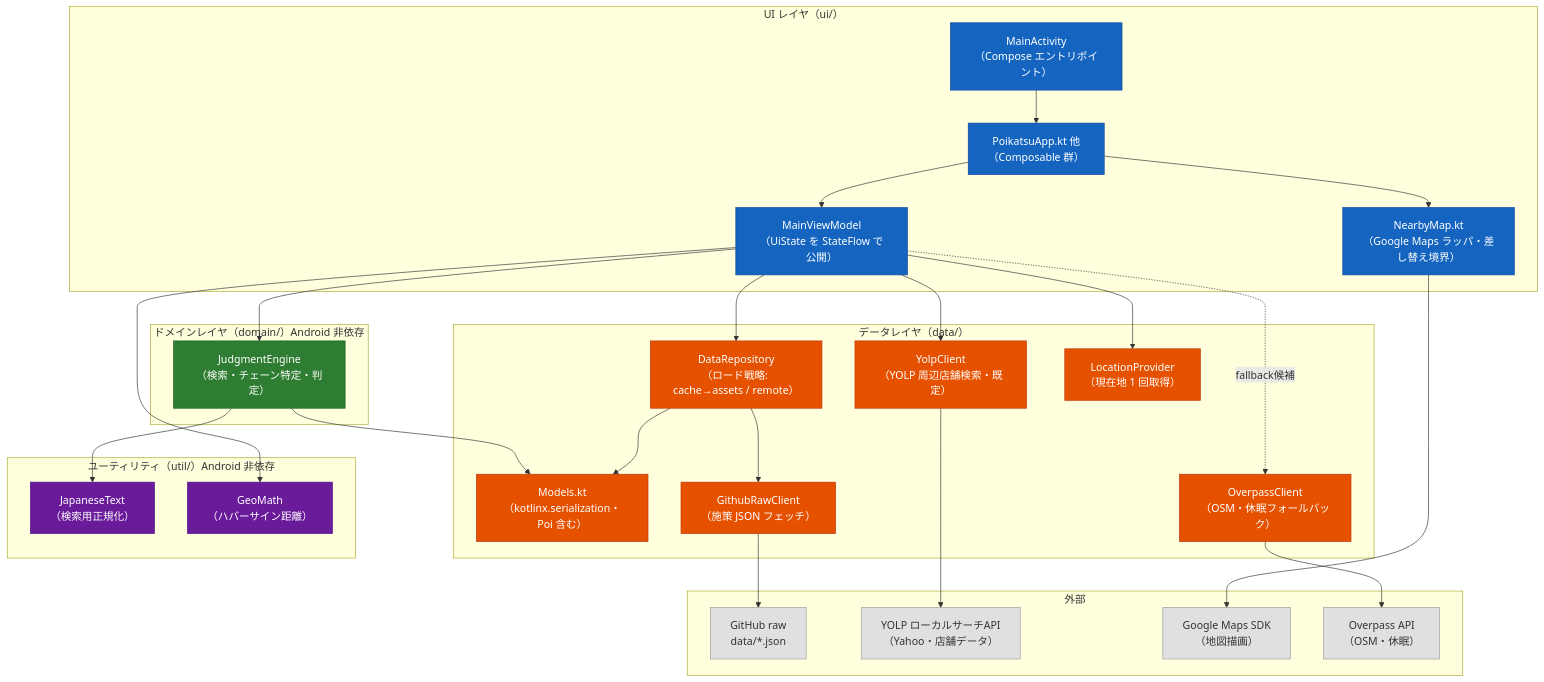
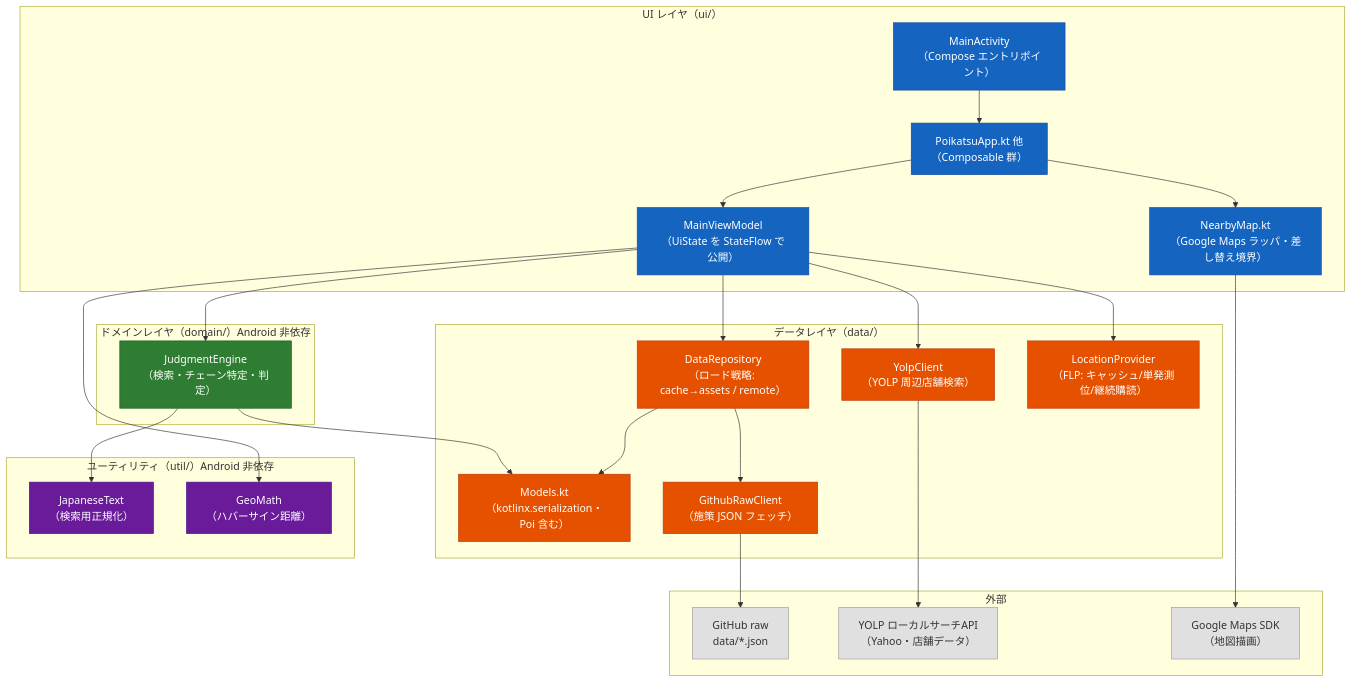
The first of 6 diagrams in docs/code-guide.md (ktakjm/poikatsu), drawn with Mermaid before and after one commit. The commit also changed other lines of this file and 3 other files, not shown here.

First line of the commit message:
docs: FLP 移行・Overpass 削除をドキュメントへ反映しスリム化

````diff
--- a/docs/code-guide.md
+++ b/docs/code-guide.md
@@ -13,66 +13,60 @@
 ```mermaid
 graph TD
     subgraph ui["UI レイヤ（ui/）"]
         ACT["MainActivity<br/>（Compose エントリポイント）"]
         SCR["PoikatsuApp.kt 他<br/>（Composable 群）"]
         VM["MainViewModel<br/>（UiState を StateFlow で公開）"]
         MAP["NearbyMap.kt<br/>（Google Maps ラッパ・差し替え境界）"]
     end
     subgraph domain["ドメインレイヤ（domain/）Android 非依存"]
         ENG["JudgmentEngine<br/>（検索・チェーン特定・判定）"]
     end
     subgraph dat["データレイヤ（data/）"]
         REPO["DataRepository<br/>（ロード戦略: cache→assets / remote）"]
         MODELS["Models.kt<br/>（kotlinx.serialization・Poi 含む）"]
         GH["GithubRawClient<br/>（施策 JSON フェッチ）"]
-        YL["YolpClient<br/>（YOLP 周辺店舗検索・既定）"]
-        OP["OverpassClient<br/>（OSM・休眠フォールバック）"]
-        LOC["LocationProvider<br/>（現在地 1 回取得）"]
+        YL["YolpClient<br/>（YOLP 周辺店舗検索）"]
+        LOC["LocationProvider<br/>（FLP: キャッシュ/単発測位/継続購読）"]
     end
     subgraph util["ユーティリティ（util/）Android 非依存"]
         JT["JapaneseText<br/>（検索用正規化）"]
         GEO["GeoMath<br/>（ハバーサイン距離）"]
     end
     subgraph ext["外部"]
         RAW["GitHub raw<br/>data/*.json"]
         YOLP["YOLP ローカルサーチAPI<br/>（Yahoo・店舗データ）"]
         GMAP["Google Maps SDK<br/>（地図描画）"]
-        OSM["Overpass API<br/>（OSM・休眠）"]
     end
 
     ACT --> SCR
     SCR --> VM
     SCR --> MAP
     MAP --> GMAP
     VM --> ENG
     VM --> REPO
     VM --> YL
-    VM -.->|fallback候補| OP
     VM --> LOC
     VM --> GEO
     ENG --> JT
     ENG --> MODELS
     REPO --> MODELS
     REPO --> GH
     GH --> RAW
     YL --> YOLP
-    OP --> OSM
 
     style ACT fill:#1565C0,stroke:#0D47A1,color:#fff
     style SCR fill:#1565C0,stroke:#0D47A1,color:#fff
     style VM fill:#1565C0,stroke:#0D47A1,color:#fff
     style ENG fill:#2E7D32,stroke:#1B5E20,color:#fff
     style REPO fill:#E65100,stroke:#BF360C,color:#fff
     style MODELS fill:#E65100,stroke:#BF360C,color:#fff
     style GH fill:#E65100,stroke:#BF360C,color:#fff
     style YL fill:#E65100,stroke:#BF360C,color:#fff
-    style OP fill:#E65100,stroke:#BF360C,color:#fff
     style LOC fill:#E65100,stroke:#BF360C,color:#fff
     style JT fill:#6A1B9A,stroke:#4A148C,color:#fff
     style GEO fill:#6A1B9A,stroke:#4A148C,color:#fff
     style RAW fill:#E0E0E0,stroke:#9E9E9E,color:#333
     style YOLP fill:#E0E0E0,stroke:#9E9E9E,color:#333
     style GMAP fill:#E0E0E0,stroke:#9E9E9E,color:#333
-    style OSM fill:#E0E0E0,stroke:#9E9E9E,color:#333
     style MAP fill:#1565C0,stroke:#0D47A1,color:#fff
 ```
````
